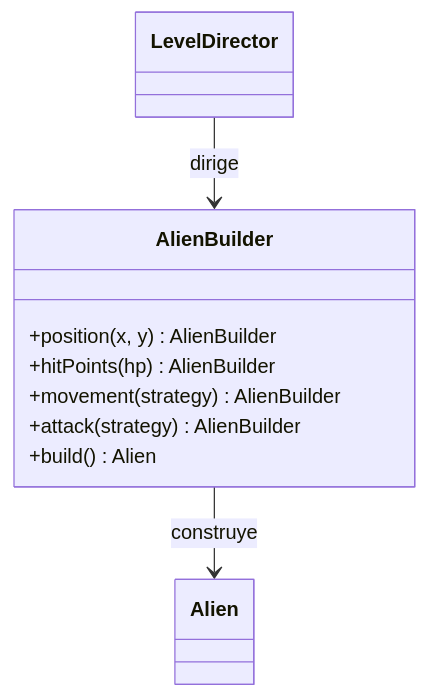
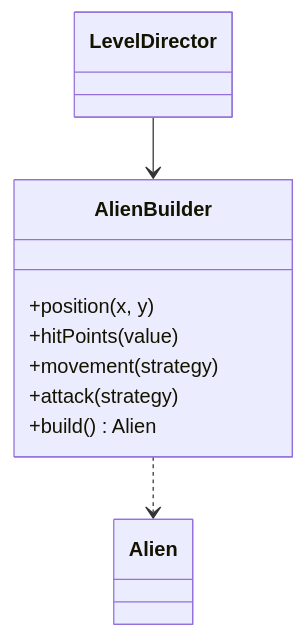
Before and after one commit to L3v1smpr/GameProject: the fourth of 4 diagrams in REPORTE_PROYECTO.md, drawn with Mermaid. The commit also changed other lines of this file and 1 other file, not shown here.

````diff
--- a/REPORTE_PROYECTO.md
+++ b/REPORTE_PROYECTO.md
@@ -240,14 +162,14 @@
 ```mermaid
 classDiagram
     class LevelDirector
     class AlienBuilder {
-        +position(x, y) AlienBuilder
-        +hitPoints(hp) AlienBuilder
-        +movement(strategy) AlienBuilder
-        +attack(strategy) AlienBuilder
+        +position(x, y)
+        +hitPoints(value)
+        +movement(strategy)
+        +attack(strategy)
         +build() Alien
     }
     class Alien
-    LevelDirector --> AlienBuilder : dirige
-    AlienBuilder --> Alien : construye
+    LevelDirector --> AlienBuilder
+    AlienBuilder ..> Alien
 ```
````
